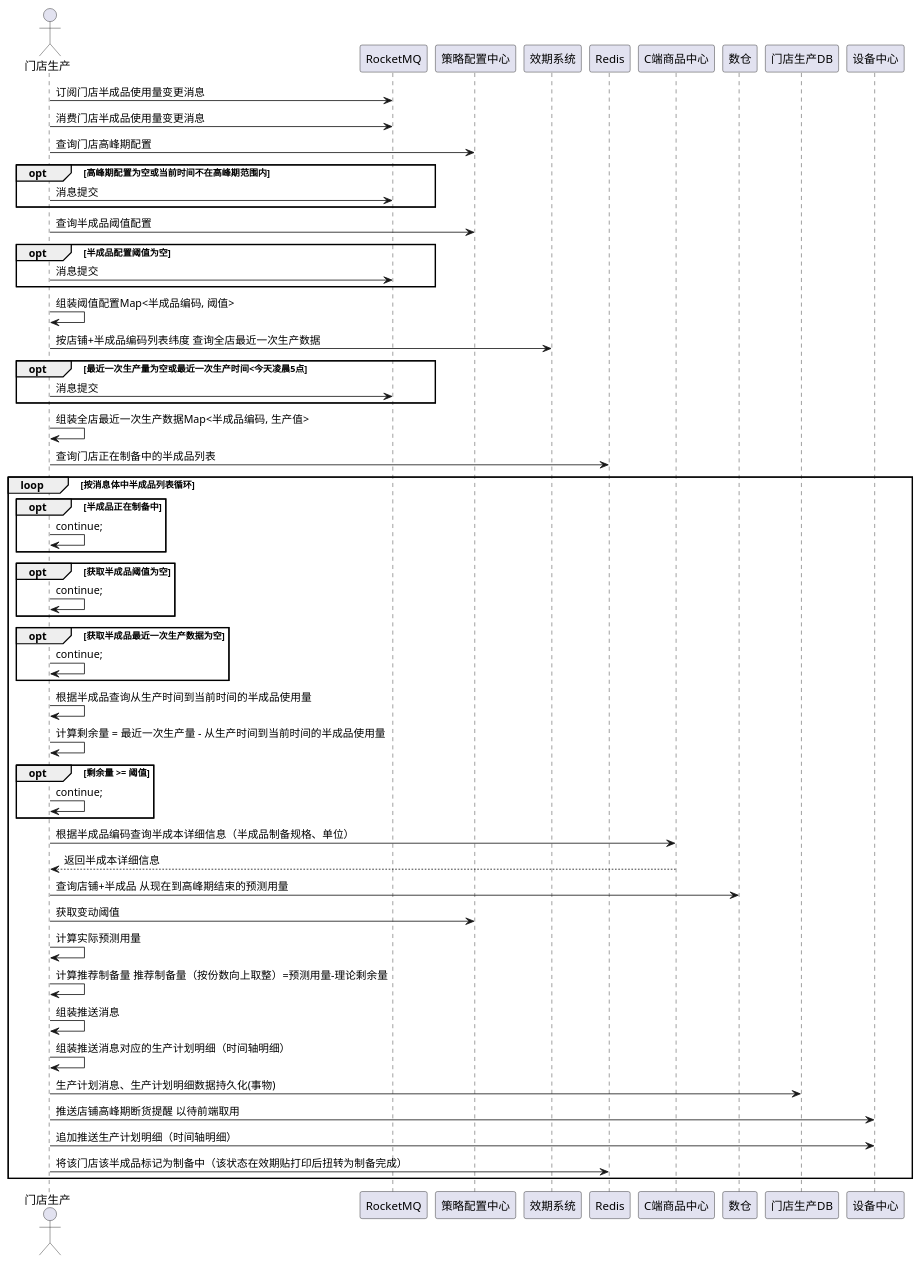
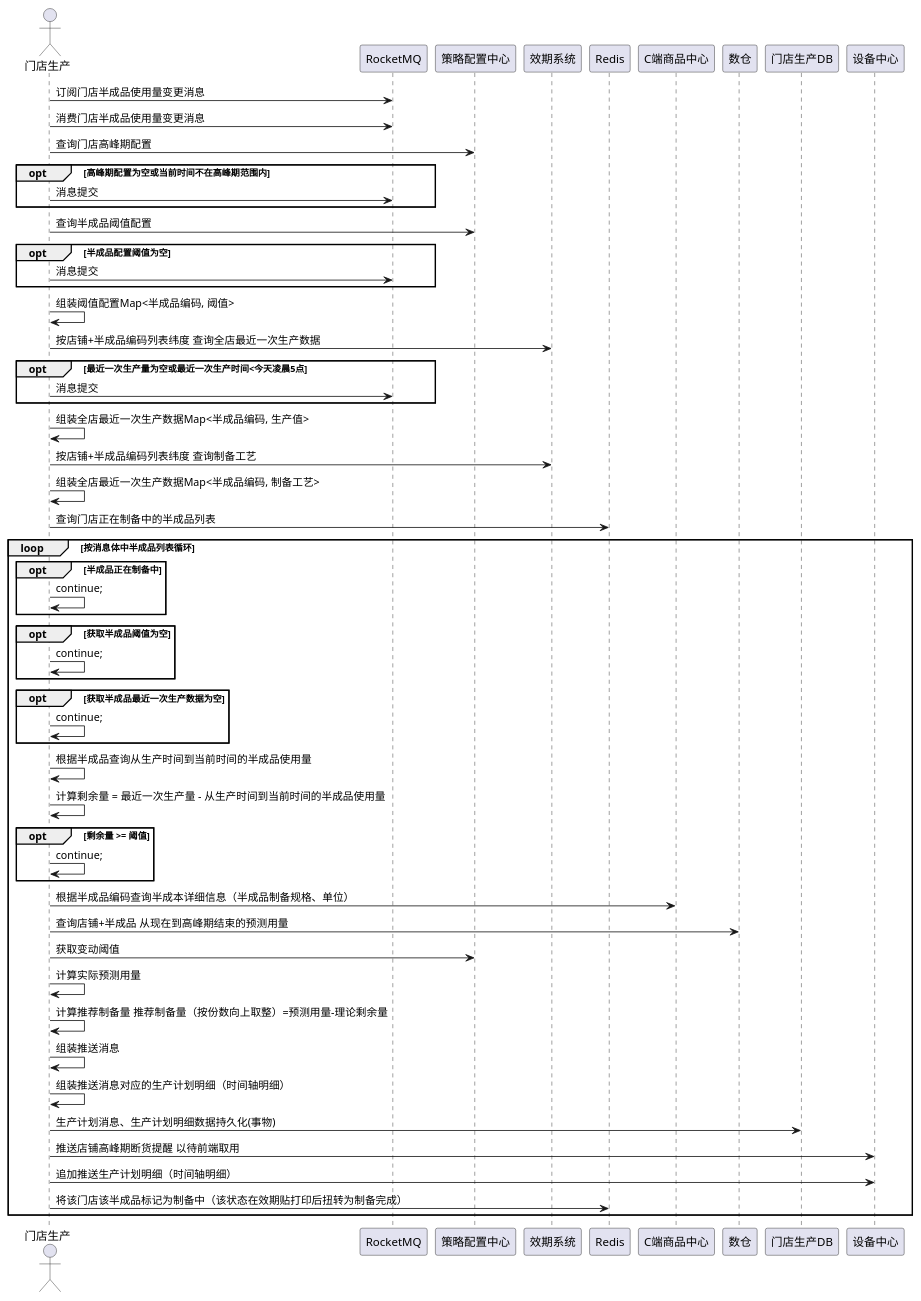
One commit to Thothma/SkyGarden changed the diagram in src/main/resources/uml/高峰期断货提醒-2.puml. Above: the diagram before and after it, drawn with PlantUML.

Commit message:
uml更新

```diff
--- a/src/main/resources/uml/高峰期断货提醒-2.puml
+++ b/src/main/resources/uml/高峰期断货提醒-2.puml
@@ -1,50 +1,51 @@
 @startuml
 'https://plantuml.com/sequence-diagram
 
 actor 门店生产
 门店生产 -> RocketMQ: 订阅门店半成品使用量变更消息
 门店生产 -> RocketMQ: 消费门店半成品使用量变更消息
 门店生产 -> 策略配置中心: 查询门店高峰期配置
 opt 高峰期配置为空或当前时间不在高峰期范围内
 门店生产 -> RocketMQ: 消息提交
 end
 门店生产 -> 策略配置中心: 查询半成品阈值配置
 opt 半成品配置阈值为空
 门店生产 -> RocketMQ: 消息提交
 end
 门店生产 -> 门店生产: 组装阈值配置Map<半成品编码, 阈值>
 门店生产 -> 效期系统: 按店铺+半成品编码列表纬度 查询全店最近一次生产数据
 opt 最近一次生产量为空或最近一次生产时间<今天凌晨5点
 门店生产 -> RocketMQ: 消息提交
 end
 门店生产 -> 门店生产: 组装全店最近一次生产数据Map<半成品编码, 生产值>
+门店生产 -> 效期系统: 按店铺+半成品编码列表纬度 查询制备工艺
+门店生产 -> 门店生产: 组装全店最近一次生产数据Map<半成品编码, 制备工艺>
 门店生产 -> Redis: 查询门店正在制备中的半成品列表
 loop 按消息体中半成品列表循环
 opt 半成品正在制备中
 门店生产 -> 门店生产: continue;
 end
 opt 获取半成品阈值为空
 门店生产 -> 门店生产: continue;
 end
 opt 获取半成品最近一次生产数据为空
 门店生产 -> 门店生产: continue;
 end
 门店生产 -> 门店生产: 根据半成品查询从生产时间到当前时间的半成品使用量
 门店生产 -> 门店生产: 计算剩余量 = 最近一次生产量 - 从生产时间到当前时间的半成品使用量
 opt 剩余量 >= 阈值
 门店生产 -> 门店生产: continue;
 end
 门店生产 -> C端商品中心: 根据半成品编码查询半成本详细信息（半成品制备规格、单位）
-C端商品中心 --> 门店生产: 返回半成本详细信息
 门店生产 -> 数仓: 查询店铺+半成品 从现在到高峰期结束的预测用量
 门店生产 -> 策略配置中心: 获取变动阈值
 门店生产 -> 门店生产: 计算实际预测用量
 门店生产 -> 门店生产: 计算推荐制备量 推荐制备量（按份数向上取整）=预测用量-理论剩余量
 门店生产 -> 门店生产: 组装推送消息
 门店生产 -> 门店生产: 组装推送消息对应的生产计划明细（时间轴明细）
 门店生产 -> 门店生产DB: 生产计划消息、生产计划明细数据持久化(事物)
 门店生产 -> 设备中心: 推送店铺高峰期断货提醒 以待前端取用
 门店生产 -> 设备中心: 追加推送生产计划明细（时间轴明细）
 门店生产 -> Redis: 将该门店该半成品标记为制备中（该状态在效期贴打印后扭转为制备完成）
 end
 @enduml
```
